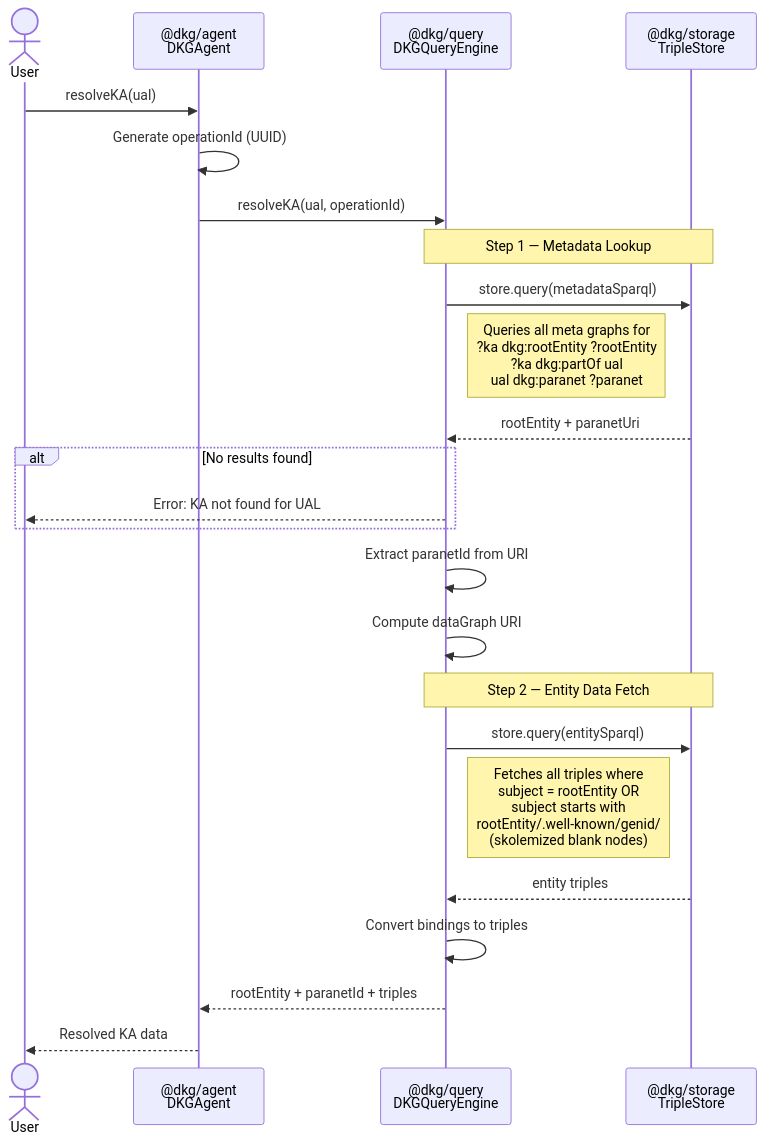
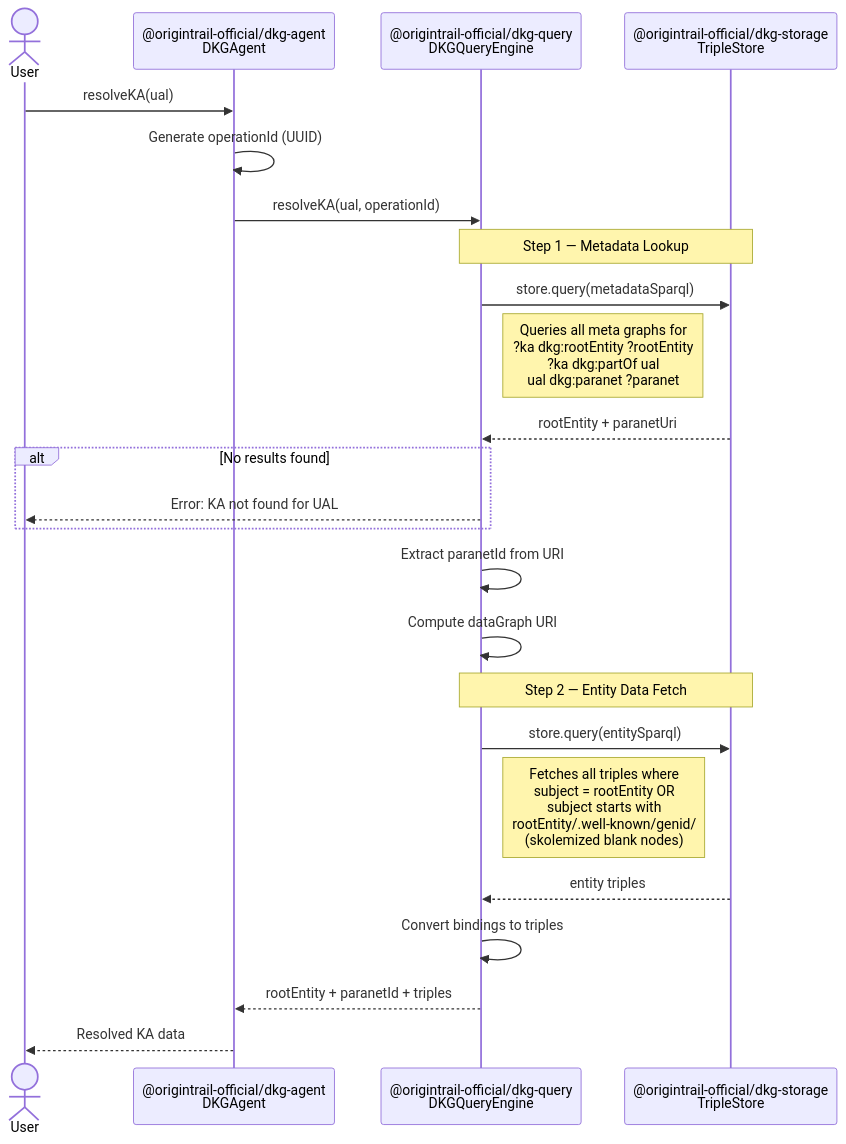
Before and after one commit to OriginTrail/dkg-v9: the third of 4 diagrams in docs/diagrams/query-flow.md, drawn with Mermaid. The commit also changed other lines of this file and 170 other files, not shown here.

First line of the commit message:
feat: rename packages to @origintrail-official scope and prepare npm publishing

````diff
--- a/docs/diagrams/query-flow.md
+++ b/docs/diagrams/query-flow.md
@@ -90,35 +90,35 @@
 ```mermaid
 sequenceDiagram
     actor User
-    participant Agent as @dkg/agent<br/>DKGAgent
-    participant QueryEngine as @dkg/query<br/>DKGQueryEngine
-    participant Store as @dkg/storage<br/>TripleStore
+    participant Agent as @origintrail-official/dkg-agent<br/>DKGAgent
+    participant QueryEngine as @origintrail-official/dkg-query<br/>DKGQueryEngine
+    participant Store as @origintrail-official/dkg-storage<br/>TripleStore
 
     User ->> Agent: resolveKA(ual)
     Agent ->> Agent: Generate operationId (UUID)
     Agent ->> QueryEngine: resolveKA(ual, operationId)
 
     Note over QueryEngine,Store: Step 1 — Metadata Lookup
 
     QueryEngine ->> Store: store.query(metadataSparql)
     Note right of QueryEngine: Queries all meta graphs for<br/>?ka dkg:rootEntity ?rootEntity<br/>?ka dkg:partOf ual<br/>ual dkg:paranet ?paranet
     Store -->> QueryEngine: rootEntity + paranetUri
 
     alt No results found
         QueryEngine -->> User: Error: KA not found for UAL
     end
 
     QueryEngine ->> QueryEngine: Extract paranetId from URI
     QueryEngine ->> QueryEngine: Compute dataGraph URI
 
     Note over QueryEngine,Store: Step 2 — Entity Data Fetch
 
     QueryEngine ->> Store: store.query(entitySparql)
     Note right of QueryEngine: Fetches all triples where<br/>subject = rootEntity OR<br/>subject starts with<br/>rootEntity/.well-known/genid/<br/>(skolemized blank nodes)
 
     Store -->> QueryEngine: entity triples
 
     QueryEngine ->> QueryEngine: Convert bindings to triples
     QueryEngine -->> Agent: rootEntity + paranetId + triples
     Agent -->> User: Resolved KA data
 ```
````
